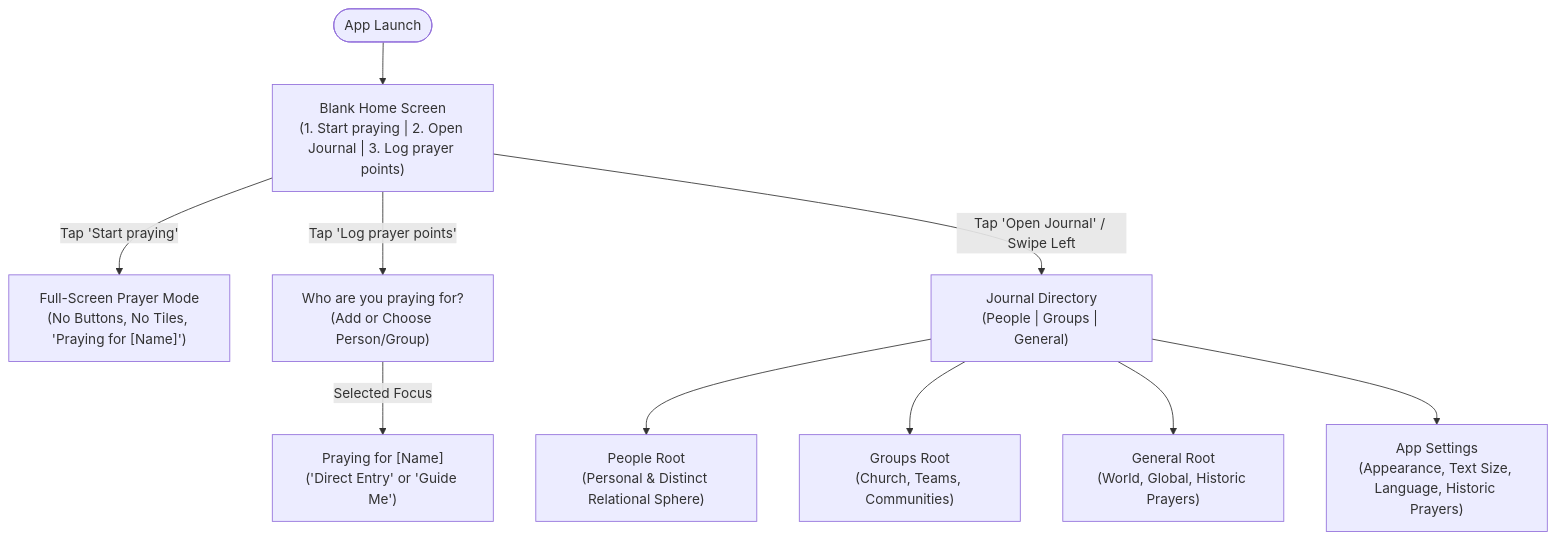
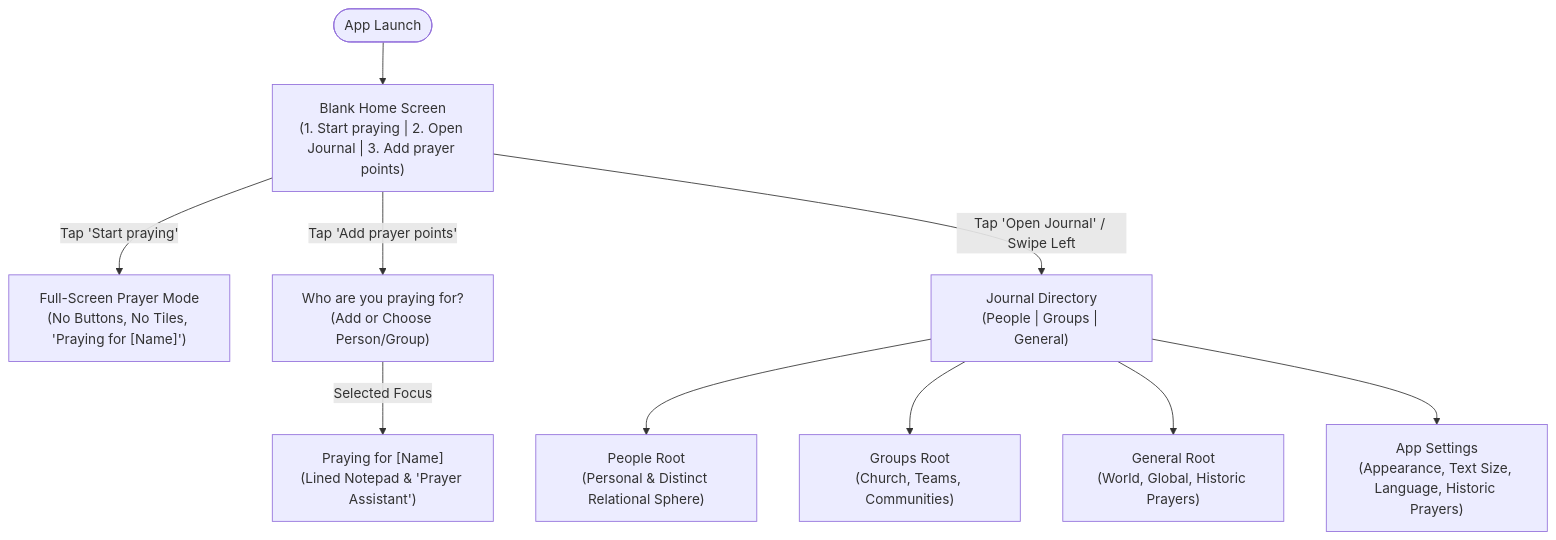
One commit to iamenianc/Prayer changed the first of 3 diagrams in planning/UX.md. Above: the diagram before and after it, drawn with Mermaid. The commit also changed other lines of this file and 38 other files, not shown here.

First line of the commit message:
feat: rebrand petitions to prayer points and overhaul navigation

````diff
--- a/planning/UX.md
+++ b/planning/UX.md
@@ -79,13 +110,13 @@
 ```mermaid
 graph TD
-    Launch([App Launch]) --> Home["Blank Home Screen<br/>(1. Start praying | 2. Open Journal | 3. Log prayer points)"]
+    Launch([App Launch]) --> Home["Blank Home Screen<br/>(1. Start praying | 2. Open Journal | 3. Add prayer points)"]
     Home -->|"Tap 'Start praying'"| PraySession["Full-Screen Prayer Mode<br/>(No Buttons, No Tiles, 'Praying for [Name]')"]
-    Home -->|"Tap 'Log prayer points'"| LogStep0["Who are you praying for?<br/>(Add or Choose Person/Group)"]
-    LogStep0 -->|"Selected Focus"| LogStep1["Praying for [Name]<br/>('Direct Entry' or 'Guide Me')"]
+    Home -->|"Tap 'Add prayer points'"| AddStep0["Who are you praying for?<br/>(Add or Choose Person/Group)"]
+    AddStep0 -->|"Selected Focus"| AddStep1["Praying for [Name]<br/>(Lined Notepad & 'Prayer Assistant')"]
     Home -->|"Tap 'Open Journal' / Swipe Left"| Journal["Journal Directory<br/>(People | Groups | General)"]
     
     Journal --> PeopleRoot["People Root<br/>(Personal & Distinct Relational Sphere)"]
     Journal --> GroupsRoot["Groups Root<br/>(Church, Teams, Communities)"]
     Journal --> GeneralRoot["General Root<br/>(World, Global, Historic Prayers)"]
     Journal --> Settings["App Settings<br/>(Appearance, Text Size, Language, Historic Prayers)"]
 ```
````
